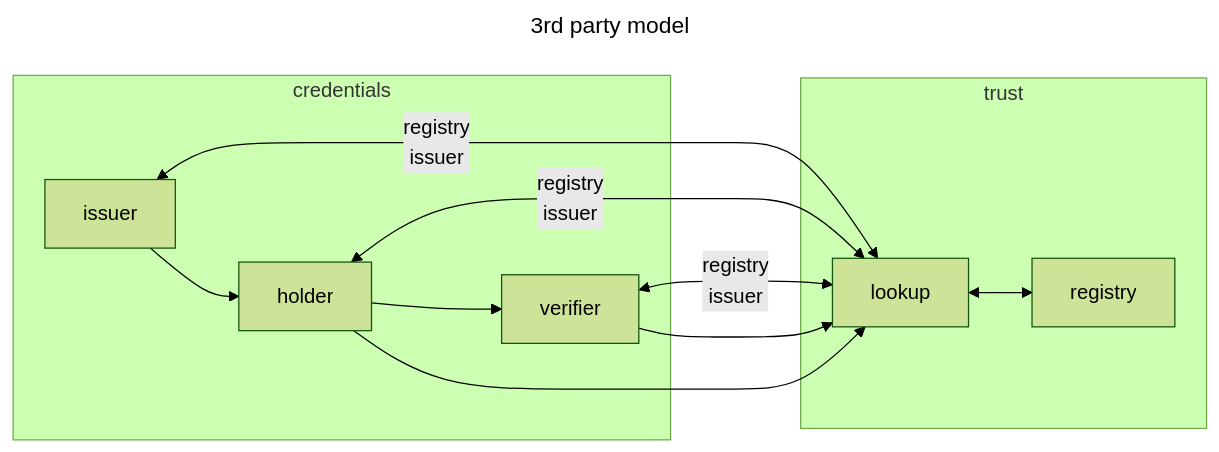
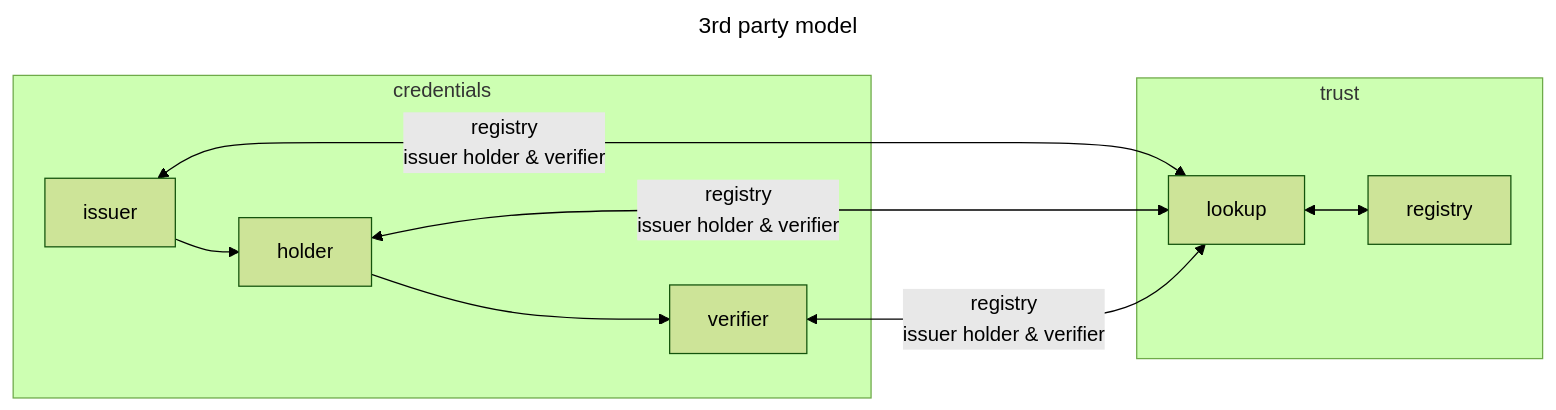
The second of 2 diagrams in webuild-drafts/draft-leifj-local-trust-resolver.md (leifj/webuild-architecture), drawn with Mermaid (forest theme) before and after one commit.

````diff
--- a/webuild-drafts/draft-leifj-local-trust-resolver.md
+++ b/webuild-drafts/draft-leifj-local-trust-resolver.md
@@ -43,17 +43,15 @@
 ```mermaid
 ---
 title: 3rd party model
 ---
 flowchart LR;
    subgraph credentials
    issuer-->holder;
    holder-->verifier;
    end
    subgraph trust
    lookup <--> registry
    end
    issuer & holder & verifier <-- registry
-   issuer --> lookup
-   verifier --> lookup
-   holder --> lookup
+   issuer holder & verifier --> lookup
 ```
````
